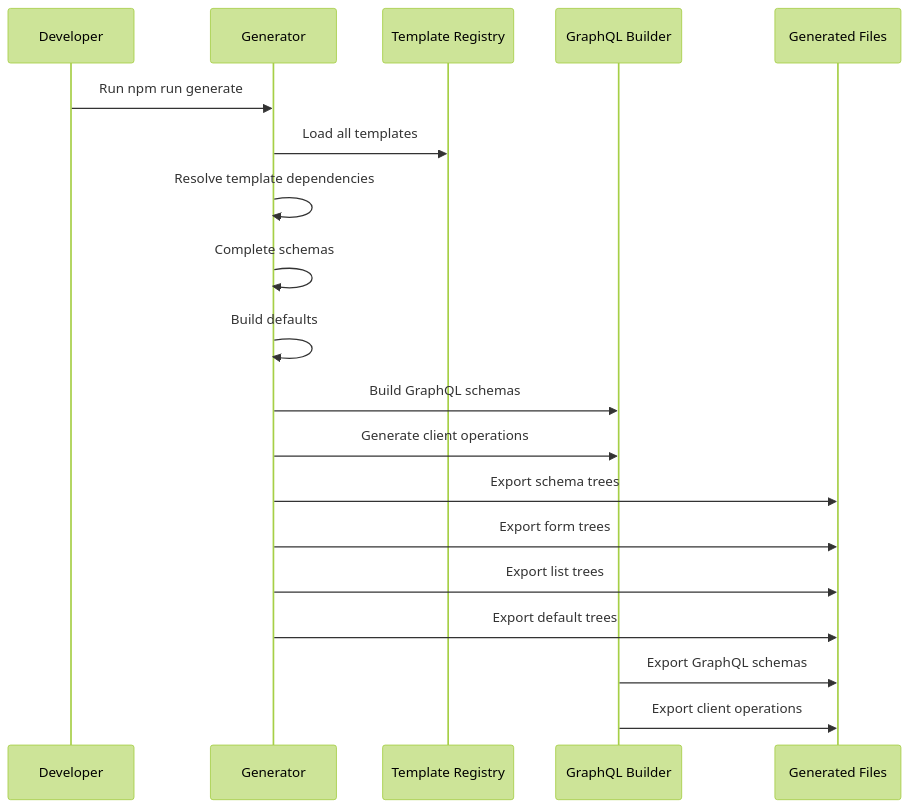
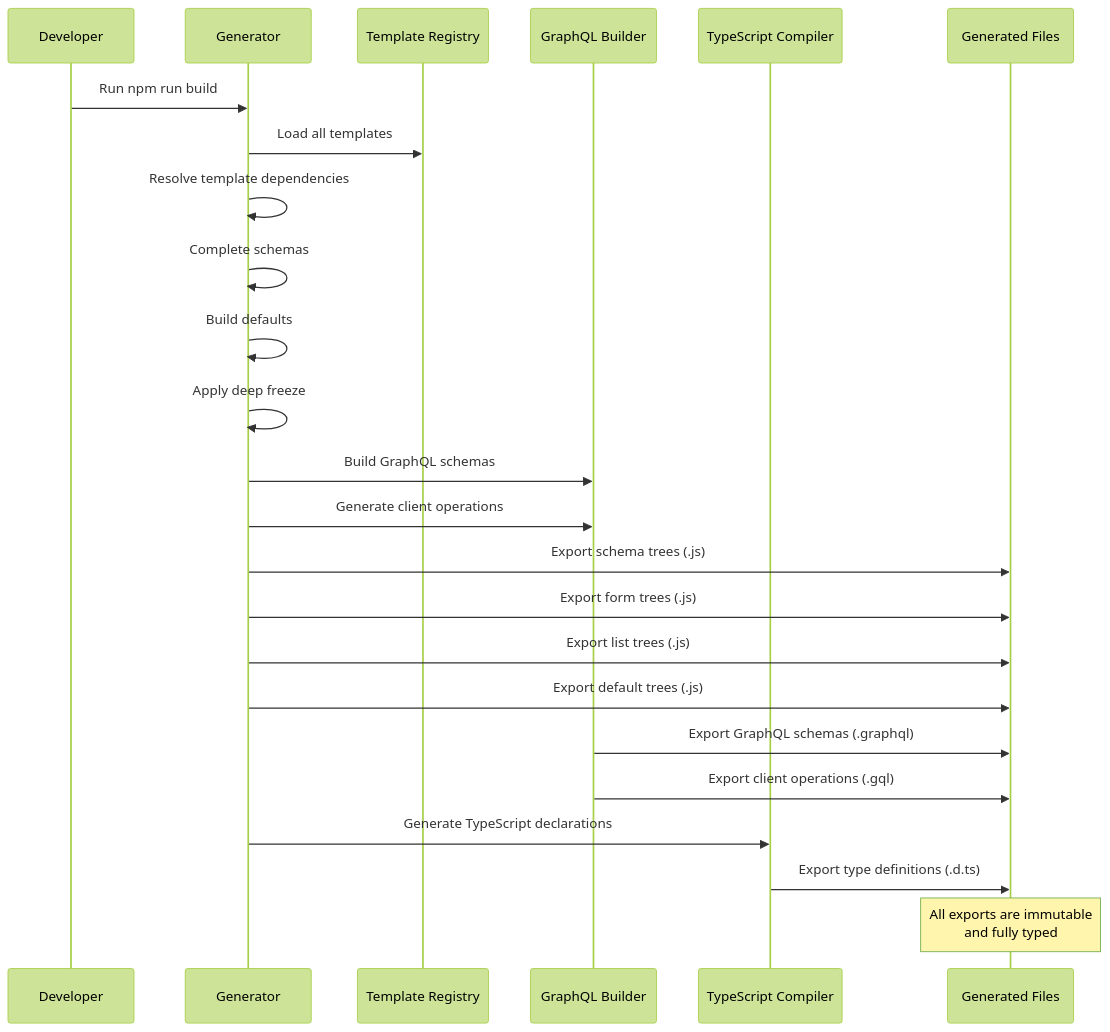
One commit to IEA-Paris/trees changed the fifth of 6 diagrams in DOCUMENTATION.md. Above: the diagram before and after it, drawn with Mermaid (forest theme). The commit also changed other lines of this file and 2 other files, not shown here.

Commit message:
feat: added immutability to the trees, updated readme and documentation

````diff
--- a/DOCUMENTATION.md
+++ b/DOCUMENTATION.md
@@ -189,22 +244,27 @@
 ```mermaid
 sequenceDiagram
     participant Dev as Developer
     participant Gen as Generator
     participant Templates as Template Registry
     participant GraphQL as GraphQL Builder
+    participant TS as TypeScript Compiler
     participant Output as Generated Files
-    
-    Dev->>Gen: Run npm run generate
+
+    Dev->>Gen: Run npm run build
     Gen->>Templates: Load all templates
     Gen->>Gen: Resolve template dependencies
     Gen->>Gen: Complete schemas
     Gen->>Gen: Build defaults
+    Gen->>Gen: Apply deep freeze
     Gen->>GraphQL: Build GraphQL schemas
     Gen->>GraphQL: Generate client operations
-    Gen->>Output: Export schema trees
-    Gen->>Output: Export form trees
-    Gen->>Output: Export list trees
-    Gen->>Output: Export default trees
-    GraphQL->>Output: Export GraphQL schemas
-    GraphQL->>Output: Export client operations
+    Gen->>Output: Export schema trees (.js)
+    Gen->>Output: Export form trees (.js)
+    Gen->>Output: Export list trees (.js)
+    Gen->>Output: Export default trees (.js)
+    GraphQL->>Output: Export GraphQL schemas (.graphql)
+    GraphQL->>Output: Export client operations (.gql)
+    Gen->>TS: Generate TypeScript declarations
+    TS->>Output: Export type definitions (.d.ts)
+    Note over Output: All exports are immutable<br/>and fully typed
 ```
````
